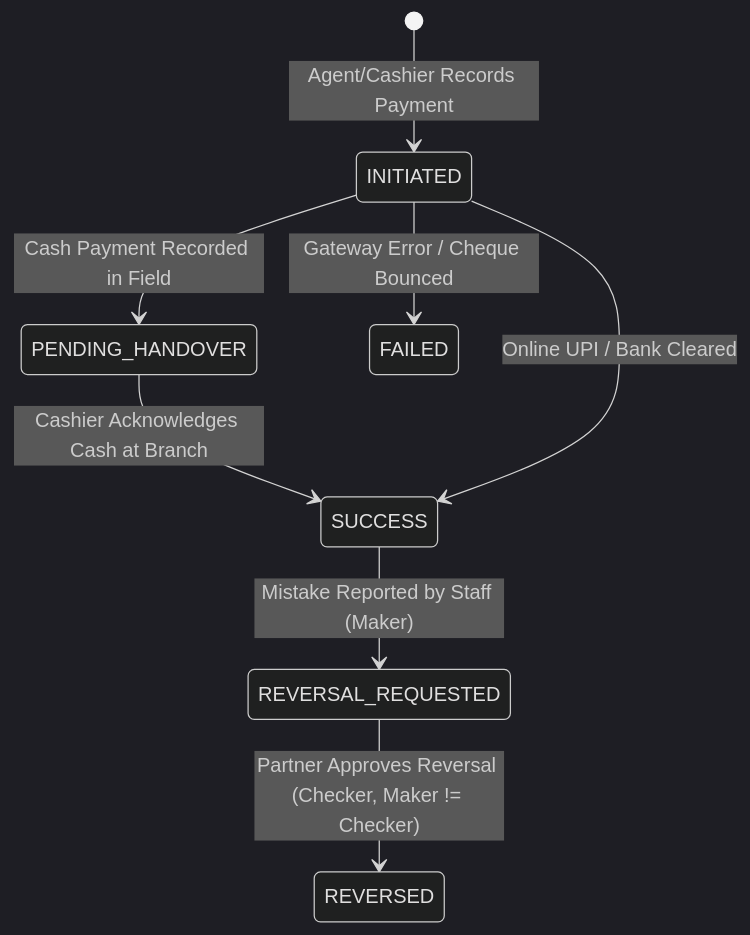
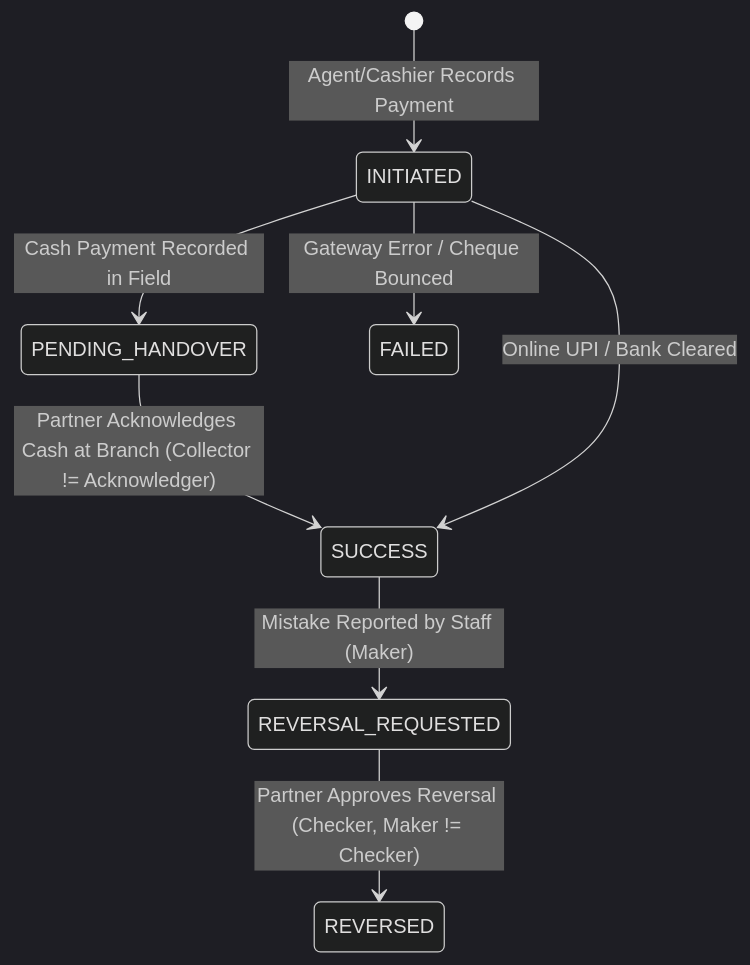
One commit to Kathir-24/Kumaran-finance changed the fourth of 6 diagrams in docs/03-architecture/state-machines.md. Above: the diagram before and after it, drawn with Mermaid (dark theme). The commit also changed other lines of this file, not shown here.

Commit message:
docs(state-machines): update with partner maker-checker, cash handover guard, zero partial payments, InstallmentDue lifecycle, and REMOVED_DEF_3M

````diff
--- a/docs/03-architecture/state-machines.md
+++ b/docs/03-architecture/state-machines.md
@@ -97,10 +98,10 @@
 ```mermaid
 stateDiagram-v2
     [*] --> INITIATED : Agent/Cashier Records Payment
     INITIATED --> PENDING_HANDOVER : Cash Payment Recorded in Field
-    PENDING_HANDOVER --> SUCCESS : Cashier Acknowledges Cash at Branch
+    PENDING_HANDOVER --> SUCCESS : Partner Acknowledges Cash at Branch (Collector != Acknowledger)
     INITIATED --> SUCCESS : Online UPI / Bank Cleared
     SUCCESS --> REVERSAL_REQUESTED : Mistake Reported by Staff (Maker)
     REVERSAL_REQUESTED --> REVERSED : Partner Approves Reversal (Checker, Maker != Checker)
     INITIATED --> FAILED : Gateway Error / Cheque Bounced
 ```
````
